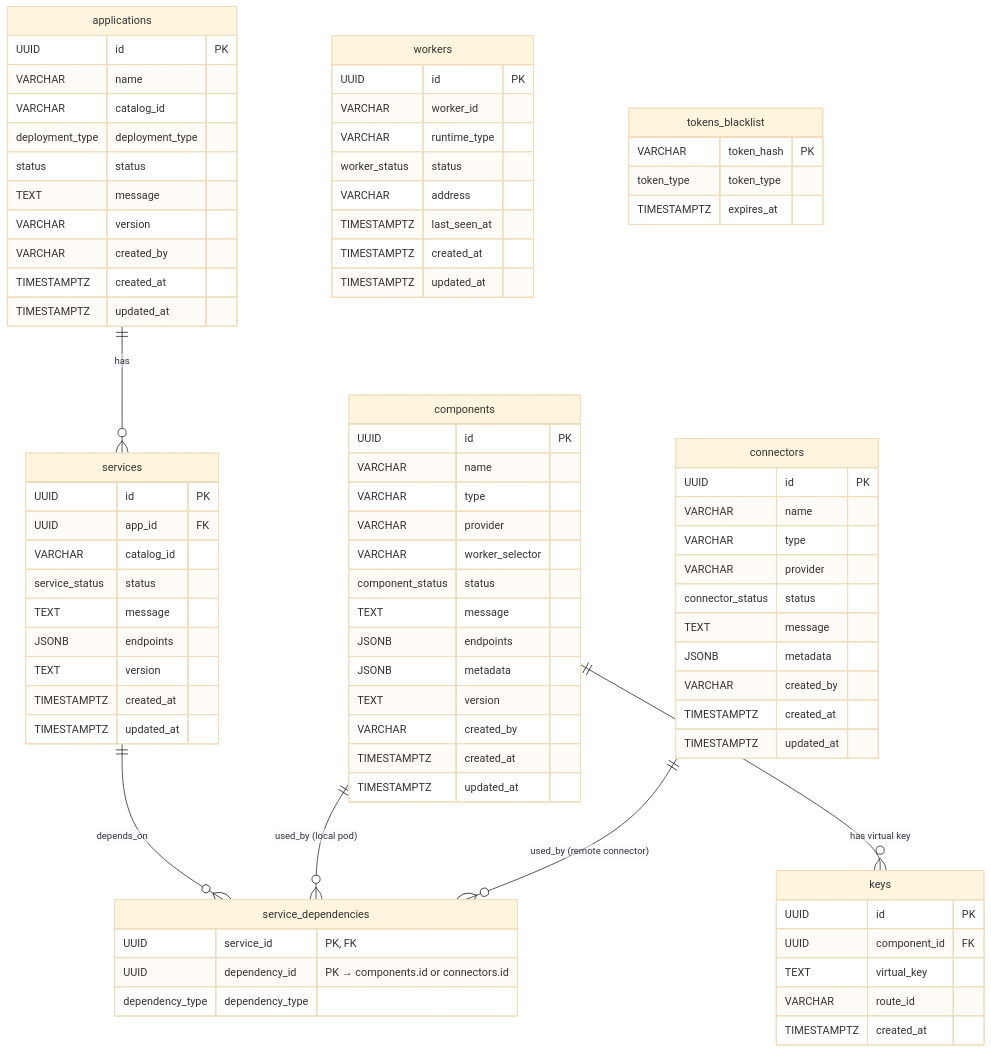
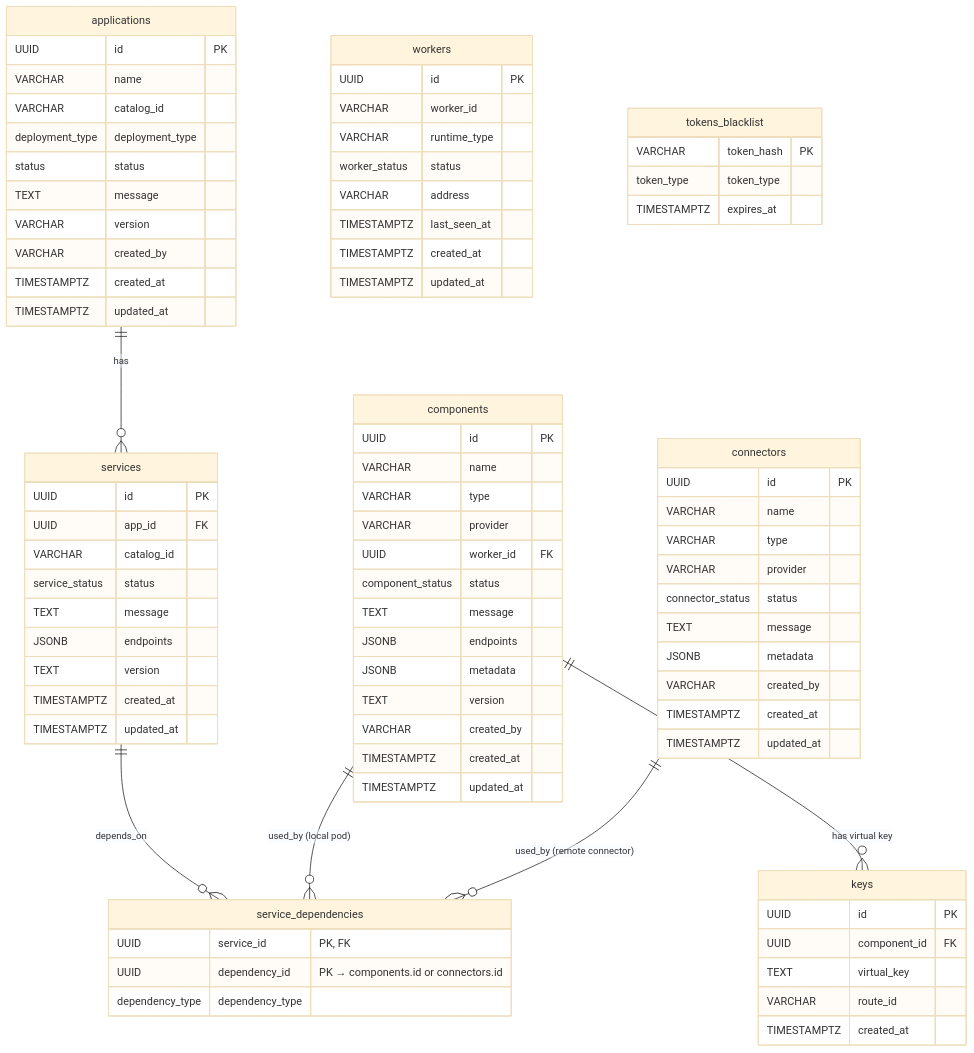
One commit to mayuka-c/project-ai-services changed the diagram in docs/proposals/model-management/model-management-LLD.md. Above: the diagram before and after it, drawn with Mermaid (base theme). The commit also changed other lines of this file and 4 other files, not shown here.

```diff
--- a/docs/proposals/model-management/model-management-LLD.md
+++ b/docs/proposals/model-management/model-management-LLD.md
@@ -625,7 +625,7 @@
         VARCHAR name
         VARCHAR type
         VARCHAR provider
-        VARCHAR worker_selector
+        UUID worker_id FK
         component_status status
         TEXT message
         JSONB endpoints
```
